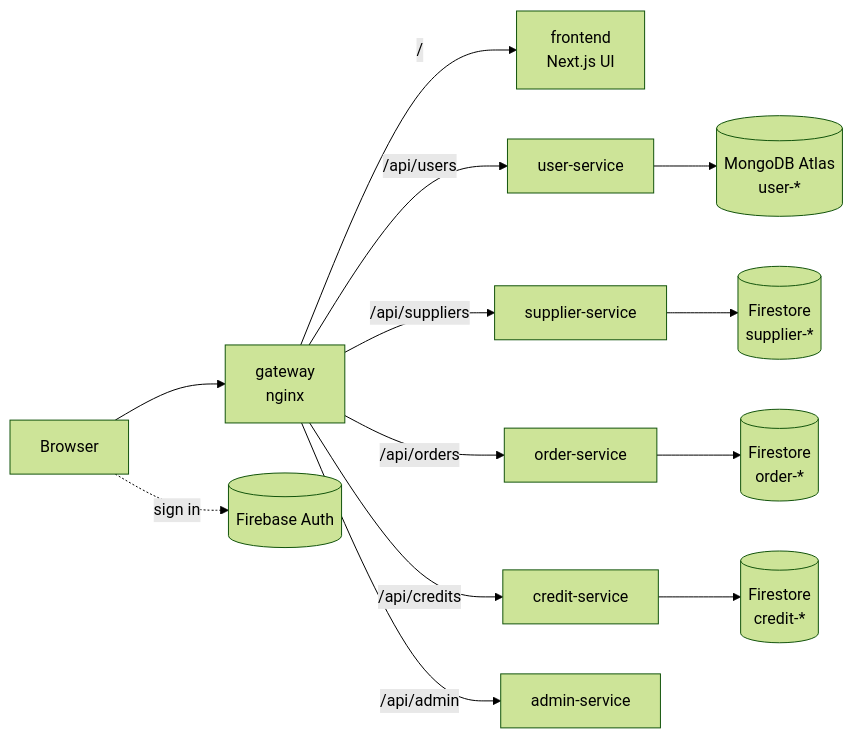
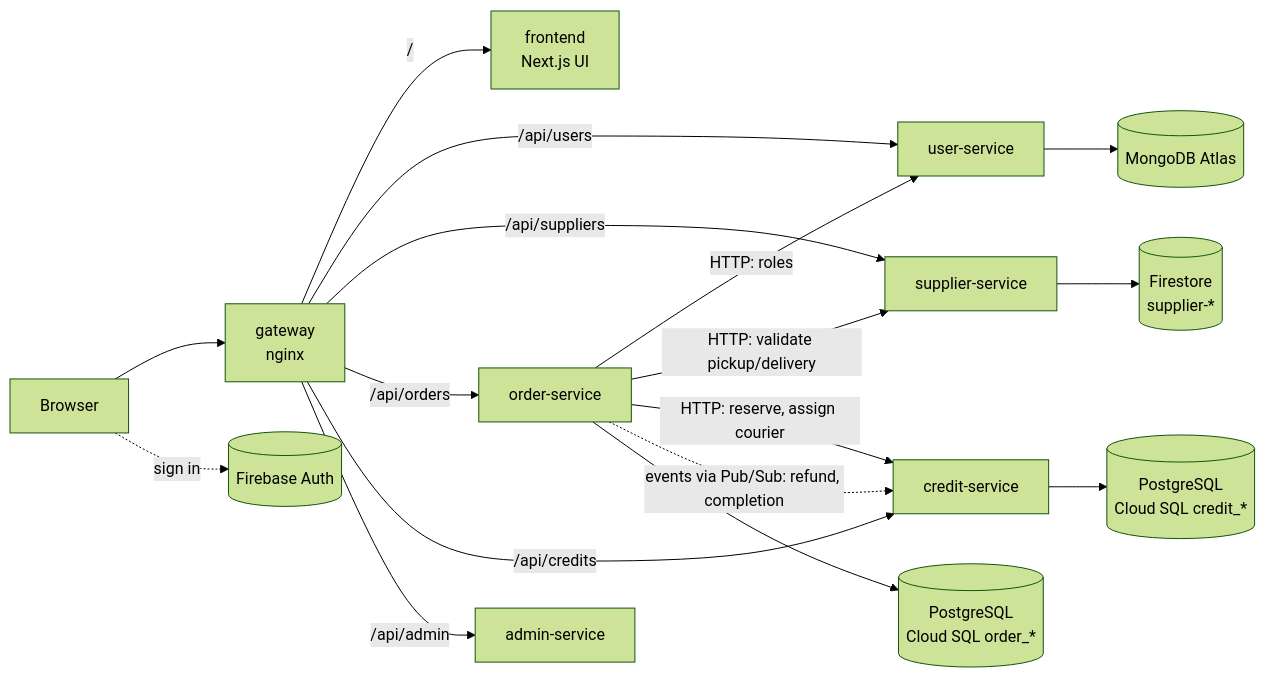
The diagram in README.md (Y2627S1-CS3219-P-28/FoC-P28), drawn with Mermaid (forest theme) before and after one commit. The commit also changed other lines of this file and 1 other file, not shown here.

````diff
--- a/README.md
+++ b/README.md
@@ -35,15 +35,19 @@
 ```mermaid
 flowchart LR
   browser[Browser] --> gateway[gateway<br/>nginx]
   gateway -- "/" --> frontend[frontend<br/>Next.js UI]
   gateway -- "/api/users" --> user[user-service]
   gateway -- "/api/suppliers" --> supplier[supplier-service]
   gateway -- "/api/orders" --> order[order-service]
   gateway -- "/api/credits" --> credit[credit-service]
   gateway -- "/api/admin" --> admin[admin-service]
   browser -. "sign in" .-> auth[(Firebase Auth)]
+  order -- "HTTP: roles" --> user
+  order -- "HTTP: validate pickup/delivery" --> supplier
+  order -- "HTTP: reserve, assign courier" --> credit
+  order -. "events via Pub/Sub: refund, completion" .-> credit
   supplier --> sdb[(Firestore<br/>supplier-*)]
-  order --> odb[(Firestore<br/>order-*)]
-  credit --> cdb[(Firestore<br/>credit-*)]
-  user --> udb[(MongoDB Atlas<br/>user-*)]
+  order --> odb[(PostgreSQL<br/>Cloud SQL order_*)]
+  credit --> cdb[(PostgreSQL<br/>Cloud SQL credit_*)]
+  user --> udb[(MongoDB Atlas)]
 ```
````
